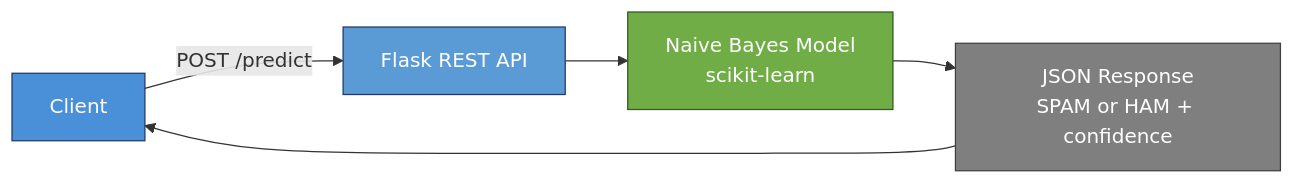
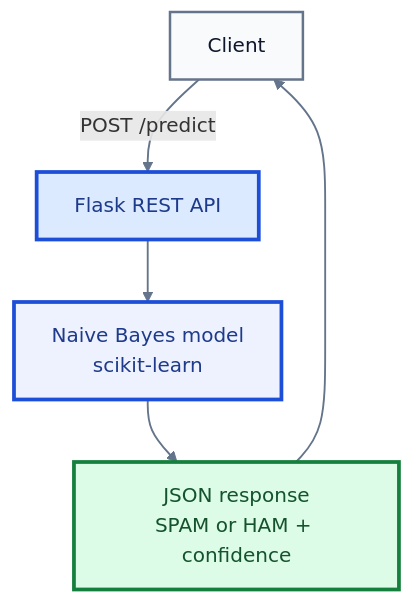
Before and after one commit to sadvi11/docker-flask-ai-app: the first of 2 diagrams in README.md, drawn with Mermaid. The commit also changed other lines of this file, not shown here.

First line of the commit message:
docs: make the architecture diagram readable on a phone and in both themes

````diff
--- a/README.md
+++ b/README.md
@@ -44,12 +44,18 @@
 ```mermaid
-flowchart LR
-    A[Client]:::client -->|POST /predict| B[Flask REST API]:::api
-    B --> C[Naive Bayes Model<br/>scikit-learn]:::model
-    C --> D[JSON Response<br/>SPAM or HAM + confidence]:::result
-    D --> A
+flowchart TD
+    A["Client"]
+    B["Flask REST API"]
+    C["Naive Bayes model<br/>scikit-learn"]
+    D["JSON response<br/>SPAM or HAM + confidence"]
 
-    classDef client fill:#4A90D9,stroke:#1F3864,color:#ffffff
-    classDef api fill:#5B9BD5,stroke:#1F3864,color:#ffffff
-    classDef model fill:#70AD47,stroke:#2E5A1C,color:#ffffff
-    classDef result fill:#7F7F7F,stroke:#3F3F3F,color:#ffffff
+    A -->|"POST /predict"| B --> C --> D --> A
+
+    linkStyle default stroke:#64748b,stroke-width:1.5px
+    classDef default fill:#f8fafc,stroke:#64748b,stroke-width:2px,color:#0f172a
+    classDef decide fill:#dbeafe,stroke:#1d4ed8,stroke-width:3px,color:#1e3a8a
+    classDef k8s   fill:#eef2ff,stroke:#1d4ed8,stroke-width:3px,color:#1e3a8a
+    classDef ok    fill:#dcfce7,stroke:#15803d,stroke-width:3px,color:#14532d
+    class B decide
+    class C k8s
+    class D ok
 ```
````
